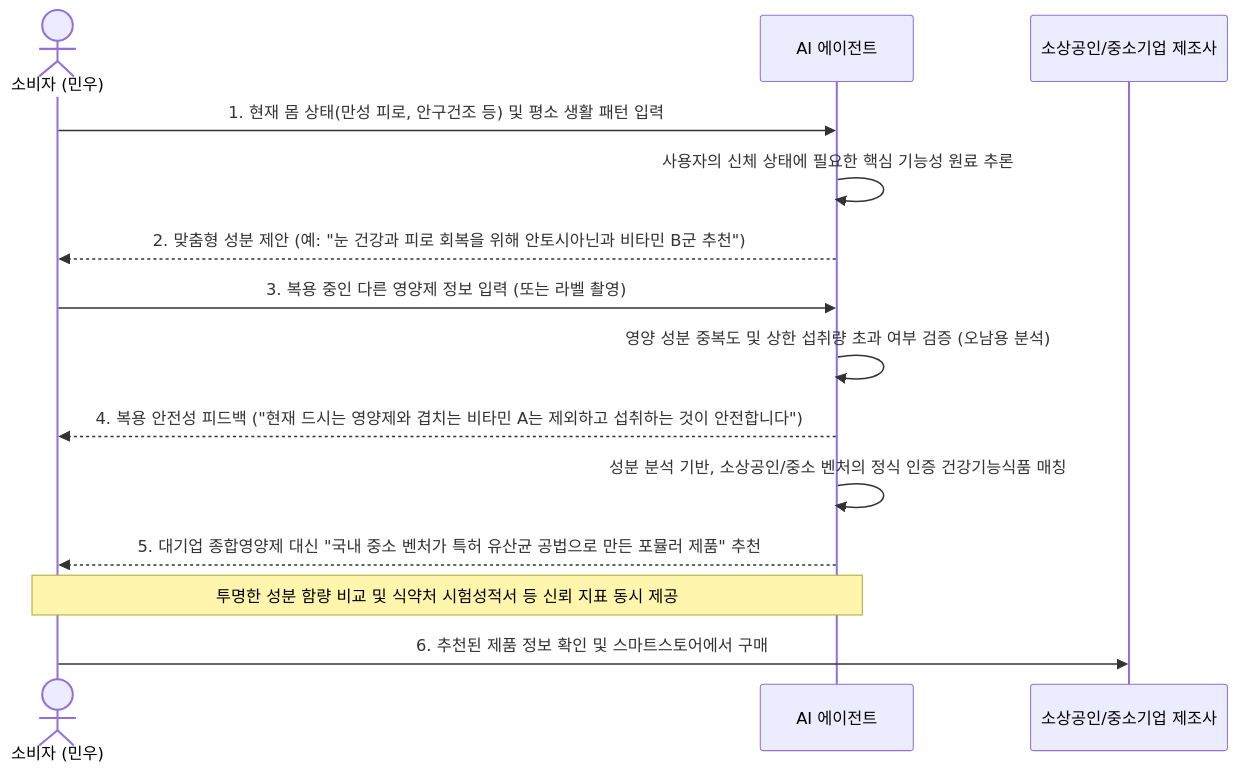
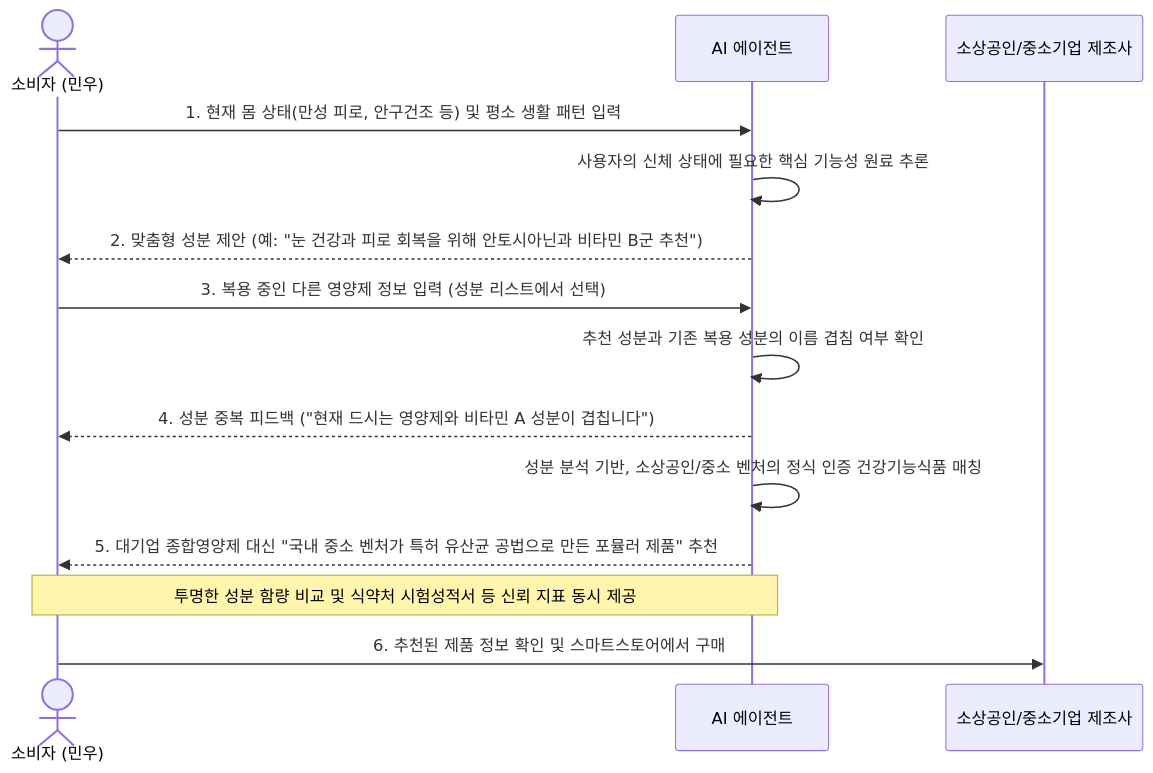
One commit to Mureung1/hub-showcase changed the diagram in hub/service_concept_design.md. Above: the diagram before and after it, drawn with Mermaid. The commit also changed other lines of this file and 19 other files, not shown here.

````diff
--- a/hub/service_concept_design.md
+++ b/hub/service_concept_design.md
@@ -25,19 +25,19 @@
 ```mermaid
 sequenceDiagram
     actor 민우 as 소비자 (민우)
     participant Agent as AI 에이전트
     participant Maker as 소상공인/중소기업 제조사
     
     민우->>Agent: 1. 현재 몸 상태(만성 피로, 안구건조 등) 및 평소 생활 패턴 입력
     Agent->>Agent: 사용자의 신체 상태에 필요한 핵심 기능성 원료 추론
     Agent-->>민우: 2. 맞춤형 성분 제안 (예: "눈 건강과 피로 회복을 위해 안토시아닌과 비타민 B군 추천")
     
-    민우->>Agent: 3. 복용 중인 다른 영양제 정보 입력 (또는 라벨 촬영)
-    Agent->>Agent: 영양 성분 중복도 및 상한 섭취량 초과 여부 검증 (오남용 분석)
-    Agent-->>민우: 4. 복용 안전성 피드백 ("현재 드시는 영양제와 겹치는 비타민 A는 제외하고 섭취하는 것이 안전합니다")
+    민우->>Agent: 3. 복용 중인 다른 영양제 정보 입력 (성분 리스트에서 선택)
+    Agent->>Agent: 추천 성분과 기존 복용 성분의 이름 겹침 여부 확인
+    Agent-->>민우: 4. 성분 중복 피드백 ("현재 드시는 영양제와 비타민 A 성분이 겹칩니다")
     
     Agent->>Agent: 성분 분석 기반, 소상공인/중소 벤처의 정식 인증 건강기능식품 매칭
     Agent-->>민우: 5. 대기업 종합영양제 대신 "국내 중소 벤처가 특허 유산균 공법으로 만든 포뮬러 제품" 추천
     Note over Agent,민우: 투명한 성분 함량 비교 및 식약처 시험성적서 등 신뢰 지표 동시 제공
     민우->>Maker: 6. 추천된 제품 정보 확인 및 스마트스토어에서 구매
 ```
````
